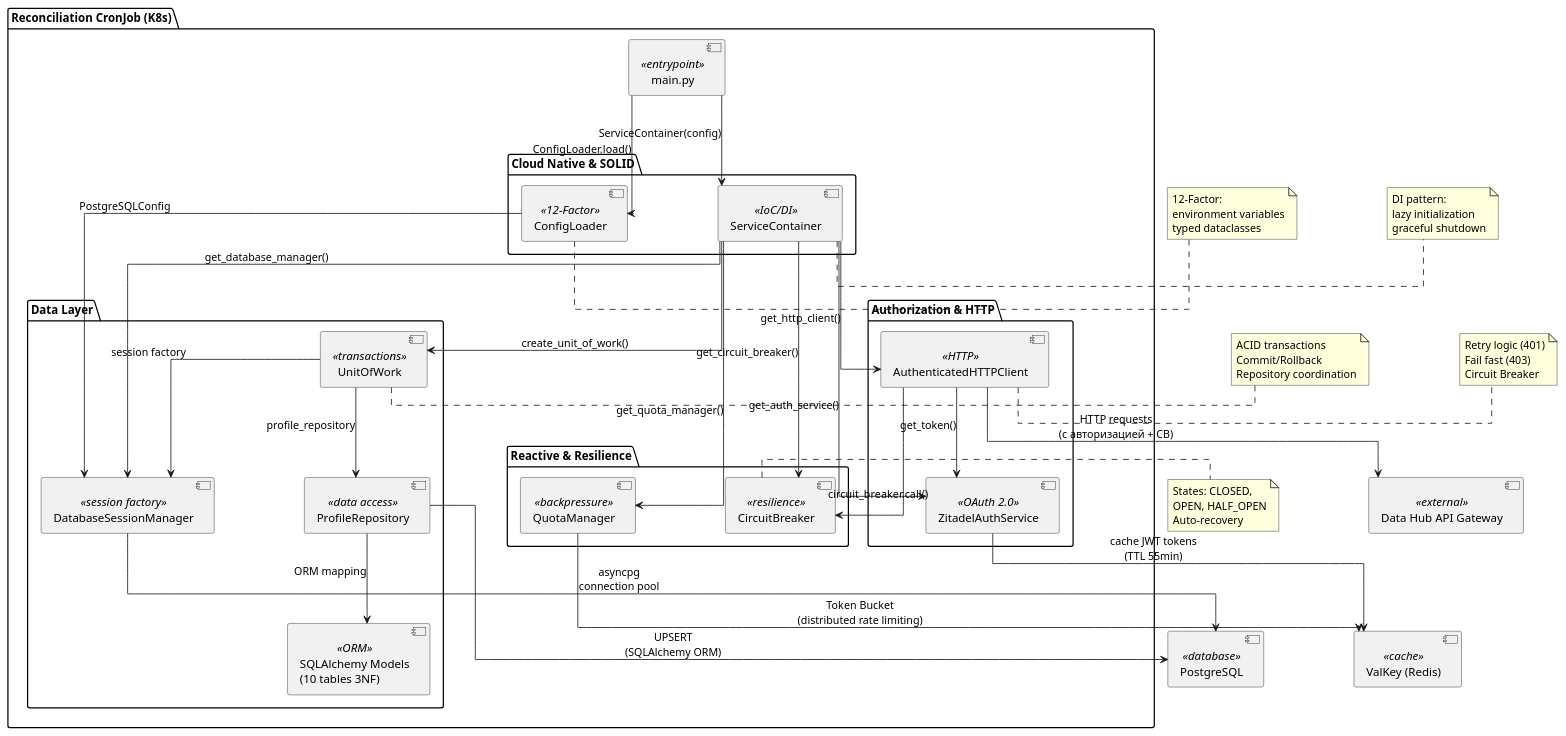
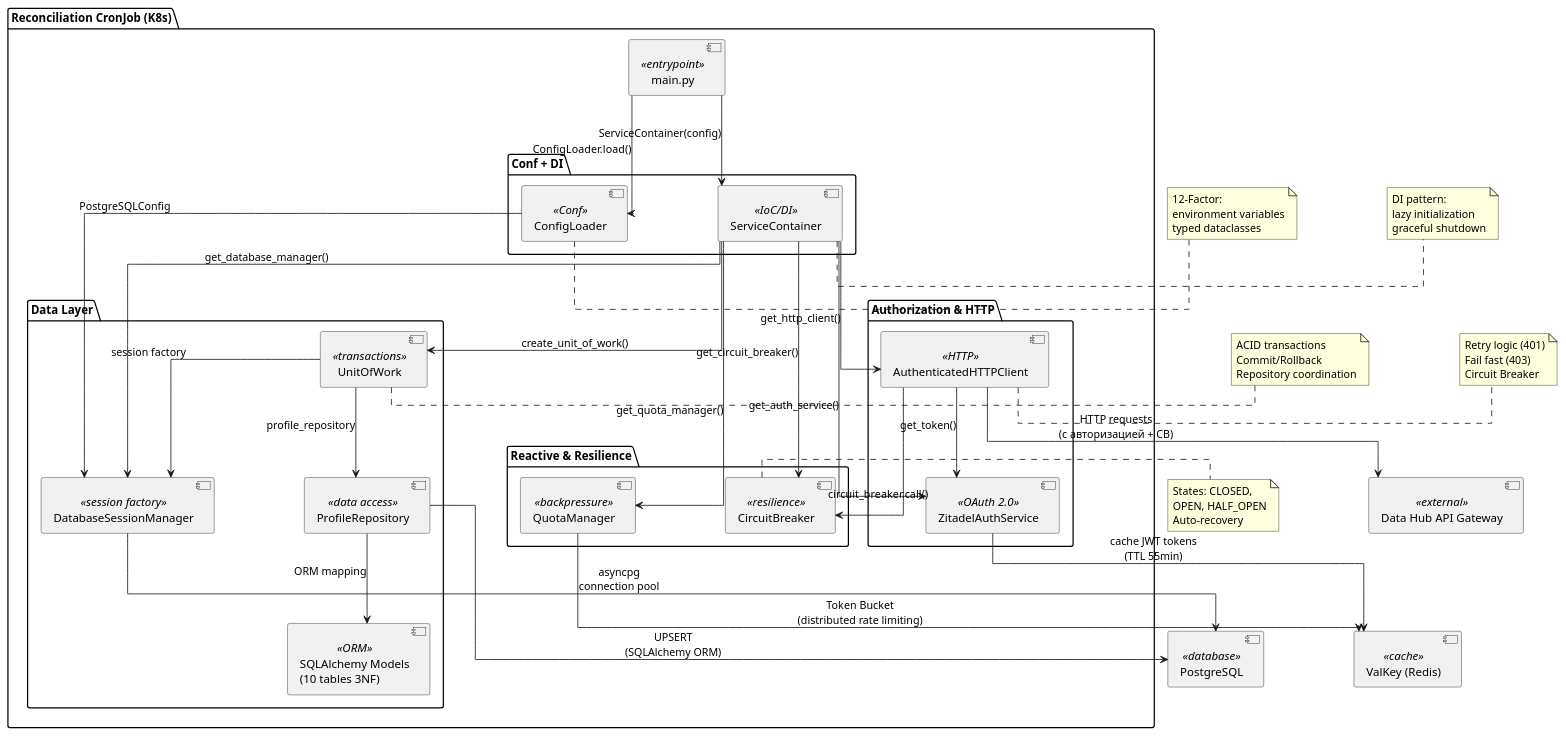
One commit to russianoracle/PoC changed the diagram in reconciliation-app/component-diagram.puml. Above: the diagram before and after it, drawn with PlantUML.

```diff
--- a/reconciliation-app/component-diagram.puml
+++ b/reconciliation-app/component-diagram.puml
@@ -1,95 +1,95 @@
 @startuml
 skinparam {
   shadowing false
   defaultFontName Arial
   linetype ortho
   ranksep 110
   nodesep 110
 }
 
 package "Reconciliation CronJob (K8s)" {
   component [main.py] as main <<entrypoint>>
 
-  package "Cloud Native & SOLID" {
-    component [ConfigLoader] as config <<12-Factor>>
+  package "Conf + DI" {
+    component [ConfigLoader] as config <<Conf>>
     component [ServiceContainer] as container <<IoC/DI>>
   }
 
   package "Reactive & Resilience" {
     component [CircuitBreaker] as cb <<resilience>>
     component [QuotaManager] as quota <<backpressure>>
   }
 
   package "Authorization & HTTP" {
     component [ZitadelAuthService] as auth <<OAuth 2.0>>
     component [AuthenticatedHTTPClient] as http <<HTTP>>
   }
 
   package "Data Layer" {
     component [DatabaseSessionManager] as dbmgr <<session factory>>
     component [UnitOfWork] as uow <<transactions>>
     component [ProfileRepository] as repo <<data access>>
     component [SQLAlchemy Models\n(10 tables 3NF)] as models <<ORM>>
   }
 
   main --> config : ConfigLoader.load()
   main --> container : ServiceContainer(config)
   container --> auth : get_auth_service()
   container --> quota : get_quota_manager()
   container --> cb : get_circuit_breaker()
   container --> http : get_http_client()
   container --> dbmgr : get_database_manager()
   container --> uow : create_unit_of_work()
 
   config --> dbmgr : PostgreSQLConfig
 
   http --> auth : get_token()
   http --> cb : circuit_breaker.call()
 
   uow --> repo : profile_repository
   repo --> models : ORM mapping
 }
 
 component [ValKey (Redis)] as valkey <<cache>>
 component [Data Hub API Gateway] as datahub <<external>>
 component [PostgreSQL] as postgres <<database>>
 
 auth --> valkey : cache JWT tokens\n(TTL 55min)
 quota --> valkey : Token Bucket\n(distributed rate limiting)
 http --> datahub : HTTP requests\n(с авторизацией + CB)
 
 dbmgr --> postgres : asyncpg\nconnection pool
 uow --> dbmgr : session factory
 repo --> postgres : UPSERT\n(SQLAlchemy ORM)
 
 note right of config
   12-Factor:
   environment variables
   typed dataclasses
 end note
 
 note right of container
   DI pattern:
   lazy initialization
   graceful shutdown
 end note
 
 note right of cb
   States: CLOSED,
   OPEN, HALF_OPEN
   Auto-recovery
 end note
 
 note right of http
   Retry logic (401)
   Fail fast (403)
   Circuit Breaker
 end note
 
 note right of uow
   ACID transactions
   Commit/Rollback
   Repository coordination
 end note
 
 @enduml
```
